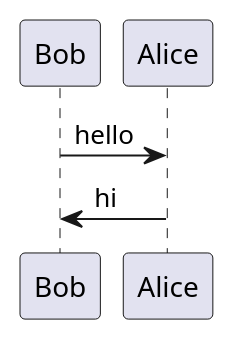
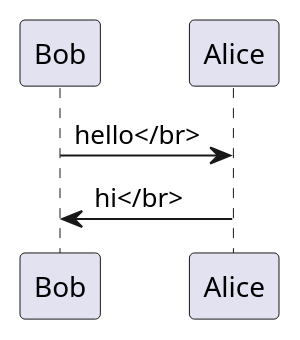
Before and after one commit to dgwnu/md-pre-kroki: the diagram in README.md, drawn with PlantUML.

````diff
--- a/README.md
+++ b/README.md
@@ -42,4 +42,4 @@
-```plantuml  
-Bob -> Alice : hello  
-Alice -> Bob : hi  
+```plantuml</br>
+Bob -> Alice : hello</br>
+Alice -> Bob : hi</br>
 ```  
````
